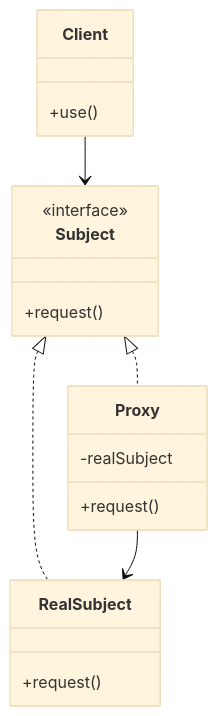
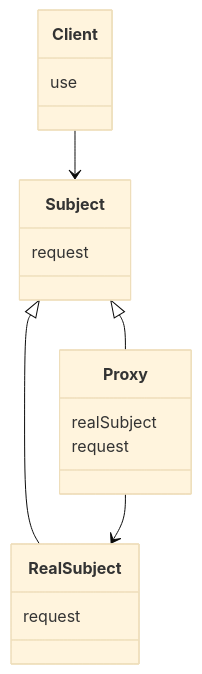
One commit to gojosatoru123-ux/CacheU changed the first of 10 diagrams in src/content/lld-proxy-design-pattern.md. Above: the diagram before and after it, drawn with Mermaid (base theme). The commit also changed other lines of this file and 21 other files, not shown here.

````diff
--- a/src/content/lld-proxy-design-pattern.md
+++ b/src/content/lld-proxy-design-pattern.md
@@ -100,25 +100,25 @@
 ```mermaid
 classDiagram
-    class Subject {
-        <<interface>>
-        +request()
-    }
 
-    class RealSubject {
-        +request()
-    }
+class Subject {
+    request
+}
 
-    class Proxy {
-        -realSubject
-        +request()
-    }
+class RealSubject {
+    request
+}
 
-    class Client {
-        +use()
-    }
+class Proxy {
+    realSubject
+    request
+}
 
-    Subject <|.. RealSubject
-    Subject <|.. Proxy
-    Proxy --> RealSubject
-    Client --> Subject
+class Client {
+    use
+}
+
+Subject <|-- RealSubject
+Subject <|-- Proxy
+Proxy --> RealSubject
+Client --> Subject
 ```
````
